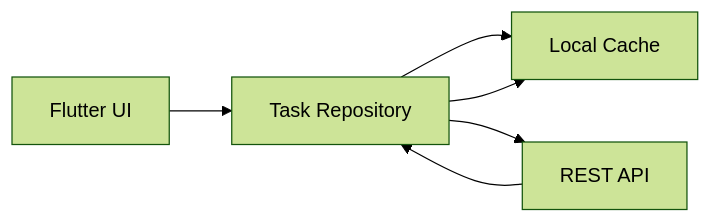
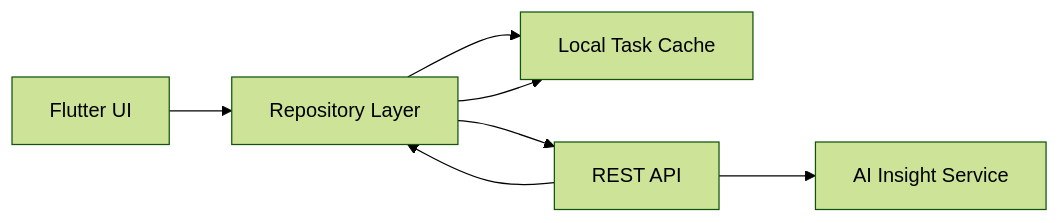
The sixth of 8 diagrams in docs/URUS_2026_Project_Summary_and_System_Architecture.md (AimanAqil2/URUS_Mobile), drawn with Mermaid (forest theme) before and after one commit. The commit also changed other lines of this file and 48 other files, not shown here.

````diff
--- a/docs/URUS_2026_Project_Summary_and_System_Architecture.md
+++ b/docs/URUS_2026_Project_Summary_and_System_Architecture.md
@@ -1149,13 +1144,15 @@
 ```mermaid
 flowchart LR
     UI["Flutter UI"]
-    REPO["Task Repository"]
-    LOCAL["Local Cache"]
+    REPO["Repository Layer"]
+    LOCAL["Local Task Cache"]
     API["REST API"]
+    AI["AI Insight Service"]
 
     UI --> REPO
     REPO --> LOCAL
     REPO --> API
     API --> REPO
     REPO --> LOCAL
+    API --> AI
 ```
````
